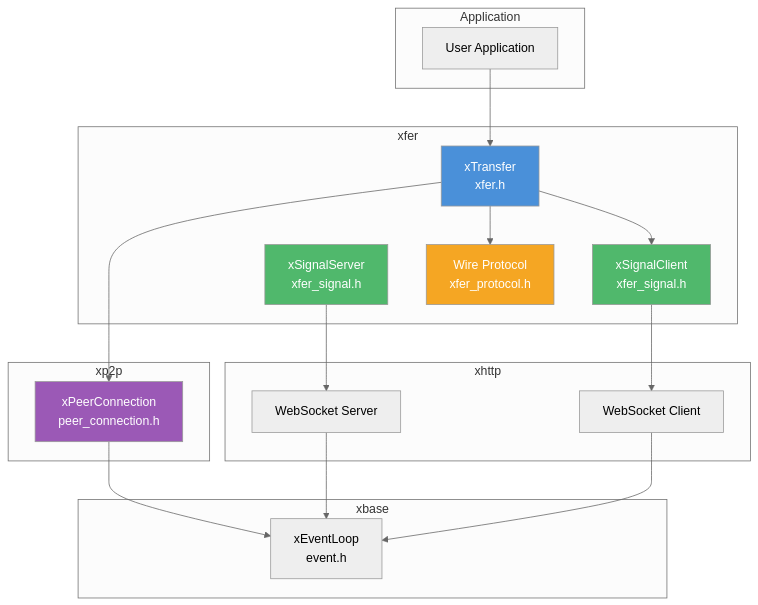
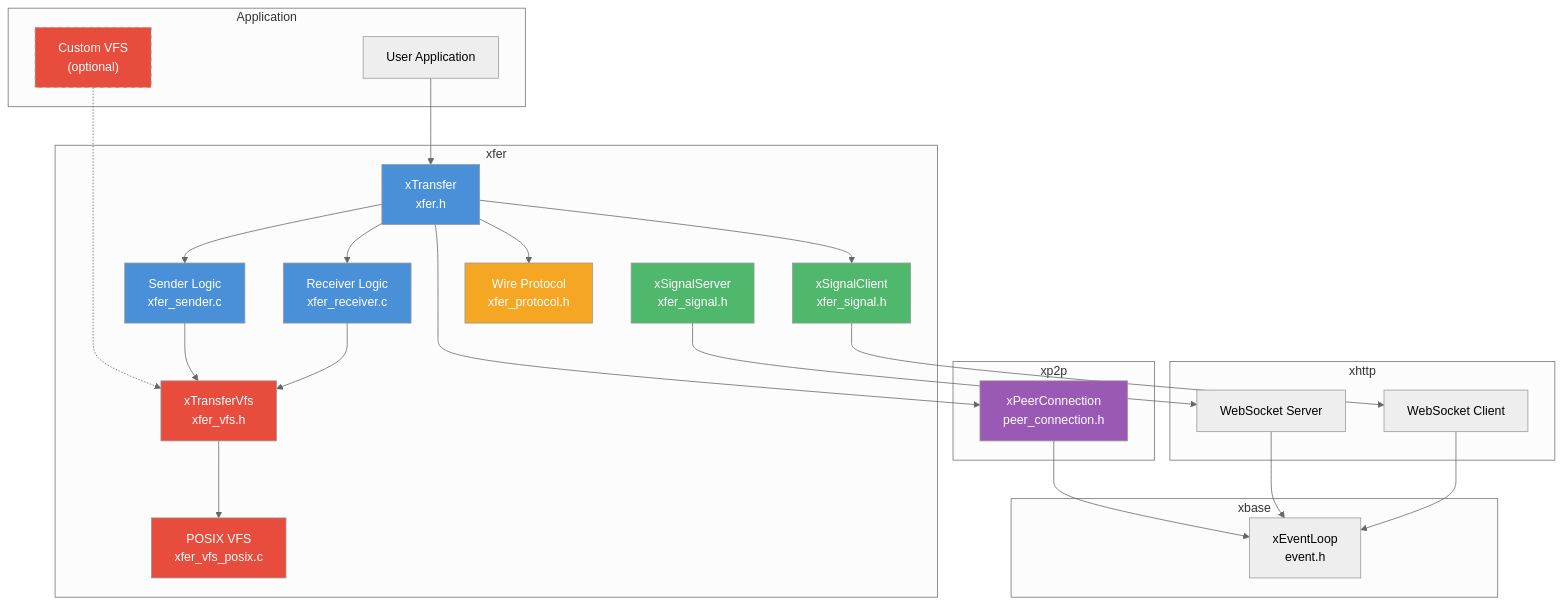
The first of 3 diagrams in docs/modules/xfer/README.md (mivinci/DownloadKit), drawn with Mermaid (neutral theme) before and after one commit. The commit also changed other lines of this file and 4 other files, not shown here.

First line of the commit message:
refactor(xfer): split sender/receiver logic and update docs for VFS

````diff
--- a/docs/modules/xfer/README.md
+++ b/docs/modules/xfer/README.md
@@ -25,42 +27,58 @@
 ```mermaid
 graph TD
     subgraph "Application"
         APP["User Application"]
+        CUSTOM_VFS["Custom VFS<br/>(optional)"]
     end
 
     subgraph "xfer"
         XFER["xTransfer<br/>xfer.h"]
+        SENDER["Sender Logic<br/>xfer_sender.c"]
+        RECEIVER["Receiver Logic<br/>xfer_receiver.c"]
+        VFS["xTransferVfs<br/>xfer_vfs.h"]
+        VFS_POSIX["POSIX VFS<br/>xfer_vfs_posix.c"]
         SIG_C["xSignalClient<br/>xfer_signal.h"]
         SIG_S["xSignalServer<br/>xfer_signal.h"]
         PROTO["Wire Protocol<br/>xfer_protocol.h"]
     end
 
     subgraph "xp2p"
         PC["xPeerConnection<br/>peer_connection.h"]
     end
 
     subgraph "xhttp"
         WS_S["WebSocket Server"]
         WS_C["WebSocket Client"]
     end
 
     subgraph "xbase"
         EV["xEventLoop<br/>event.h"]
     end
 
     APP --> XFER
+    CUSTOM_VFS -.-> VFS
+    XFER --> SENDER
+    XFER --> RECEIVER
+    SENDER --> VFS
+    RECEIVER --> VFS
+    VFS --> VFS_POSIX
     XFER --> SIG_C
     XFER --> PC
     XFER --> PROTO
     SIG_S --> WS_S
     SIG_C --> WS_C
     PC --> EV
     WS_S --> EV
     WS_C --> EV
 
     style XFER fill:#4a90d9,color:#fff
+    style SENDER fill:#4a90d9,color:#fff
+    style RECEIVER fill:#4a90d9,color:#fff
+    style VFS fill:#e74c3c,color:#fff
+    style VFS_POSIX fill:#e74c3c,color:#fff
+    style CUSTOM_VFS fill:#e74c3c,color:#fff,stroke-dasharray: 5 5
     style SIG_C fill:#50b86c,color:#fff
     style SIG_S fill:#50b86c,color:#fff
     style PROTO fill:#f5a623,color:#fff
     style PC fill:#9b59b6,color:#fff
 ```
````
